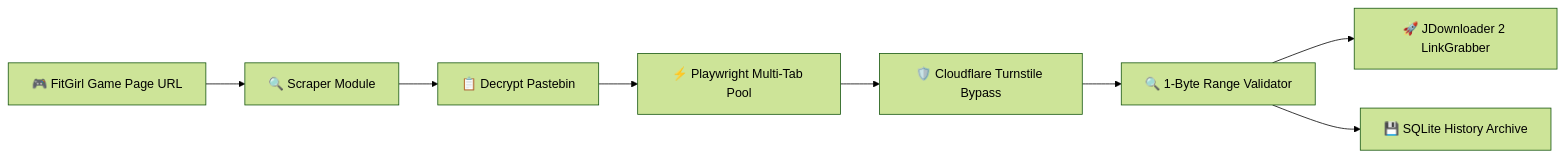
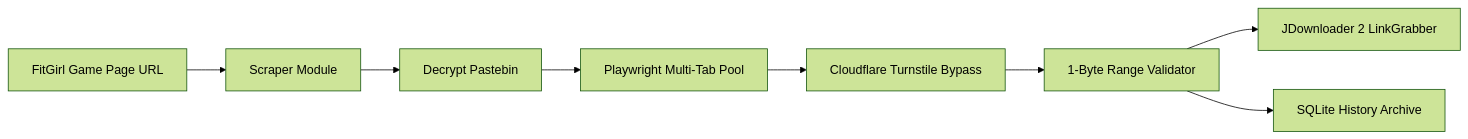
Before and after one commit to vik05h/Link-Extractor: the diagram in README.md, drawn with Mermaid (forest theme). The commit also changed other lines of this file and 6 other files, not shown here.

````diff
--- a/README.md
+++ b/README.md
@@ -36,10 +36,10 @@
 ```mermaid
 graph LR
-    A[🎮 FitGirl Game Page URL] --> B[🔍 Scraper Module]
-    B --> C[📋 Decrypt Pastebin]
-    C --> D[⚡ Playwright Multi-Tab Pool]
-    D --> E[🛡️ Cloudflare Turnstile Bypass]
-    E --> F[🔍 1-Byte Range Validator]
-    F --> G[🚀 JDownloader 2 LinkGrabber]
-    F --> H[💾 SQLite History Archive]
+    A[FitGirl Game Page URL] --> B[Scraper Module]
+    B --> C[Decrypt Pastebin]
+    C --> D[Playwright Multi-Tab Pool]
+    D --> E[Cloudflare Turnstile Bypass]
+    E --> F[1-Byte Range Validator]
+    F --> G[JDownloader 2 LinkGrabber]
+    F --> H[SQLite History Archive]
 ```
````
